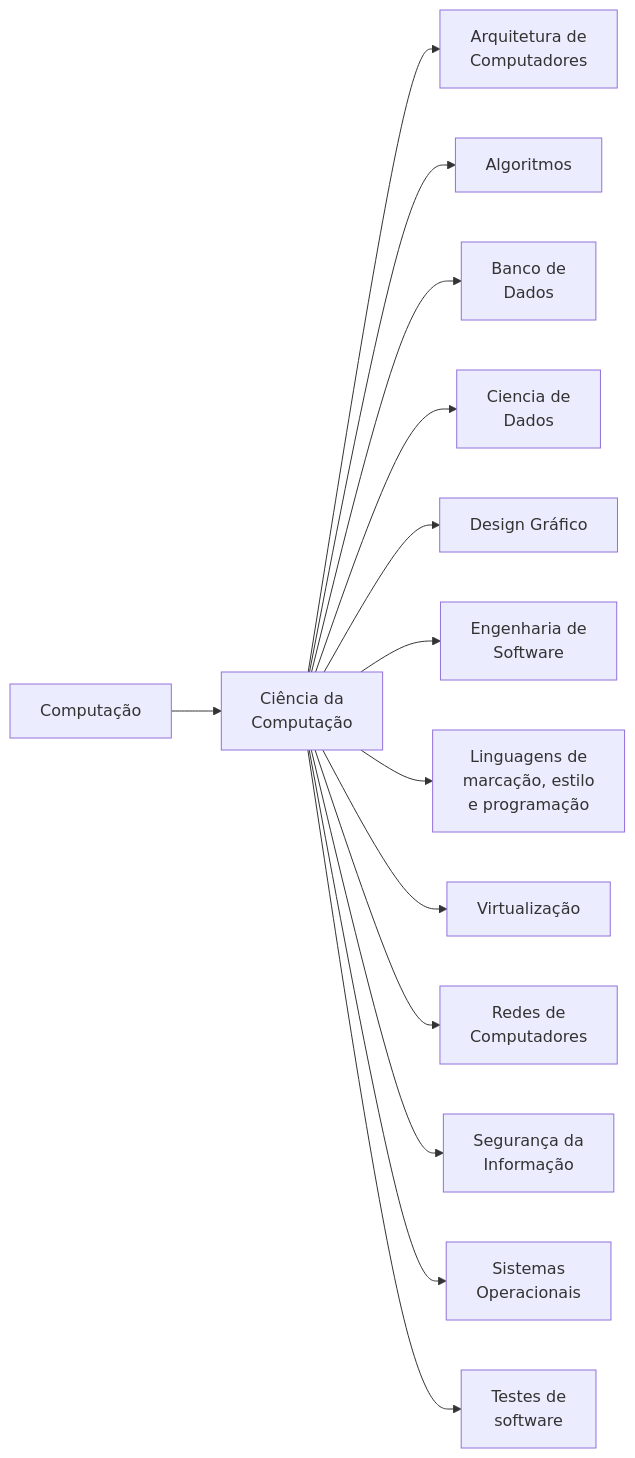
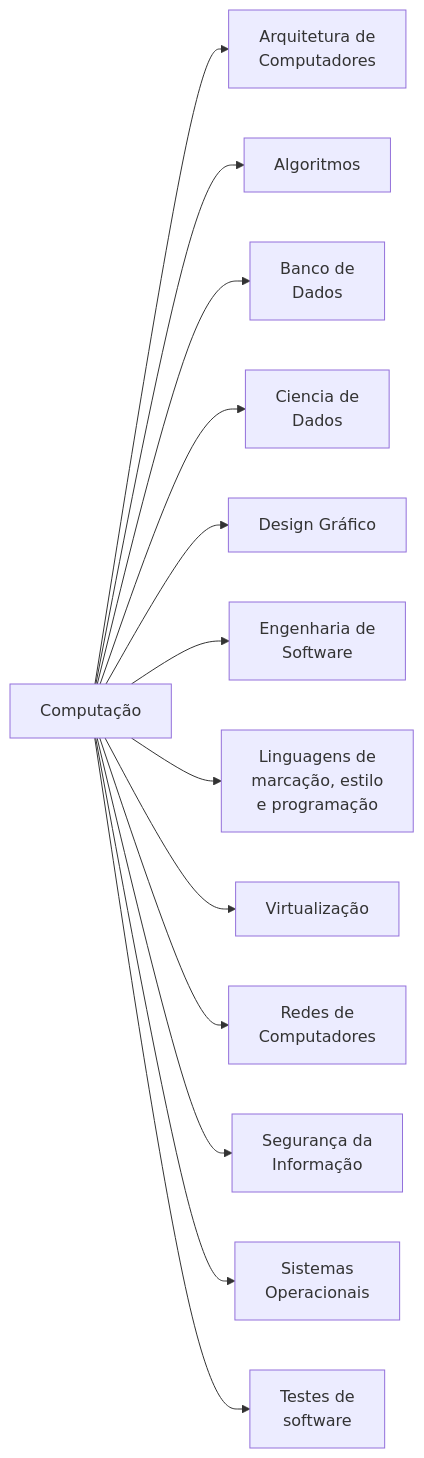
One commit to dnlclaudino/gestao-do-conhecimento changed the first of 2 diagrams in computacao.md. Above: the diagram before and after it, drawn with Mermaid.

Commit message:
Revisar: seção "Computação"

````diff
--- a/computacao.md
+++ b/computacao.md
@@ -3,16 +3,16 @@
 ```mermaid
 graph LR;
-  CF[Computação]-->CC[Ciência da<br>Computação];
+  CC[Computação];
         CC-->AC[Arquitetura de<br>Computadores];
         CC-->ALG[Algoritmos];
         CC-->BD[Banco de<br>Dados];
         CC-->CD[Ciencia de<br>Dados];
         CC-->DE[Design Gráfico];
         CC-->ES[Engenharia de<br>Software];
         CC-->LMEP[Linguagens de<br>marcação, estilo<br>e programação];
         CC-->VIRT[Virtualização];
         CC-->RC[Redes de<br>Computadores];
         CC-->SI[Segurança da<br>Informação];
         CC-->SO[Sistemas<br>Operacionais];
         CC-->TS[Testes de<br>software];
 ```
````
